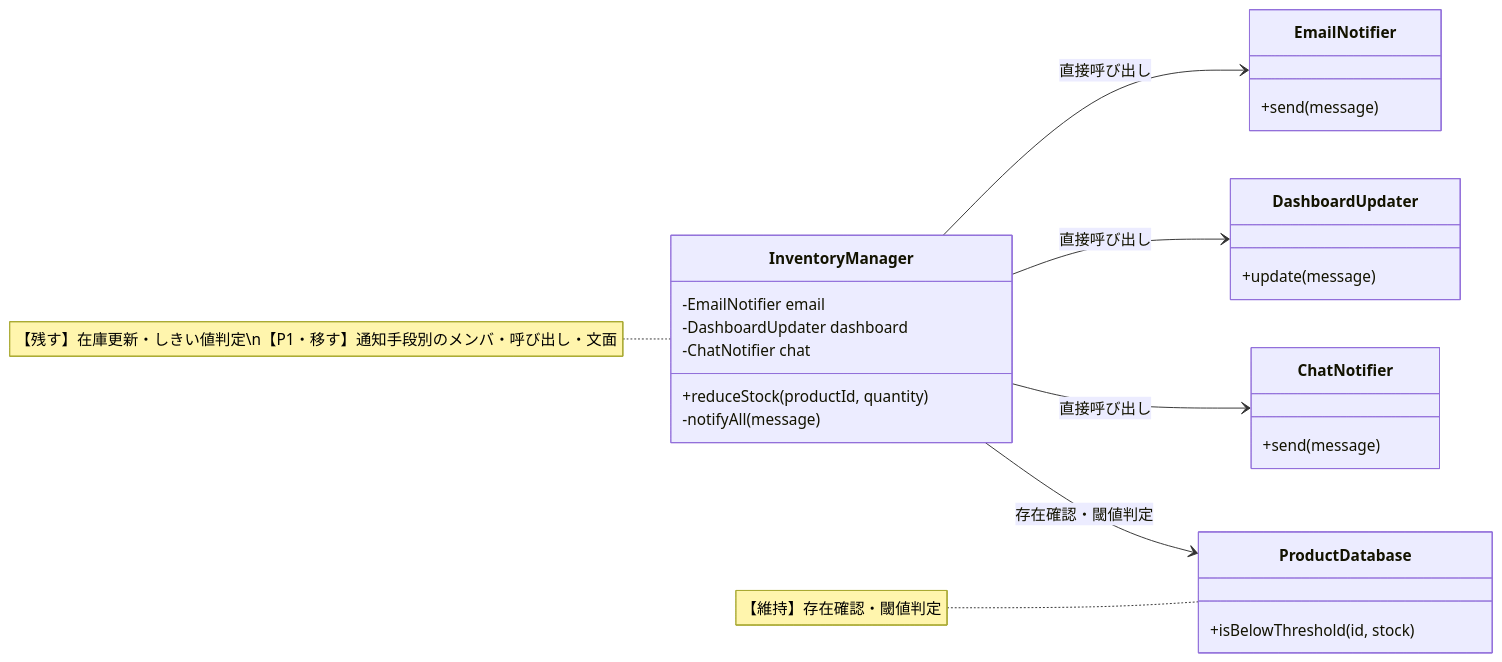
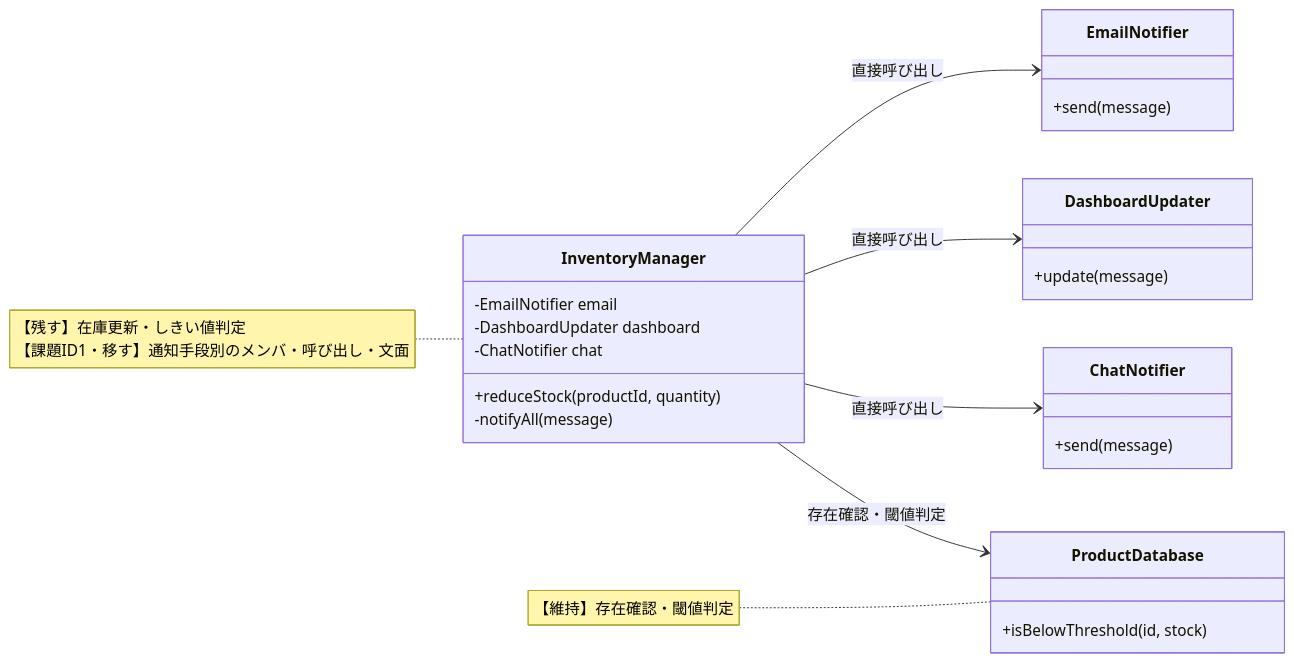
Before and after one commit to kumachan1101-pixel/DesignPattern: the eighth of 14 diagrams in kindle/design-patterns/output/chapter07.md, drawn with Mermaid. The commit also changed other lines of this file and 43 other files, not shown here.

````diff
--- a/kindle/design-patterns/output/chapter07.md
+++ b/kindle/design-patterns/output/chapter07.md
@@ -1063,25 +1105,25 @@
 ```mermaid
 classDiagram
     direction LR
     class InventoryManager {
         -EmailNotifier email
         -DashboardUpdater dashboard
         -ChatNotifier chat
         +reduceStock(productId, quantity)
         -notifyAll(message)
     }
     class EmailNotifier { +send(message) }
     class DashboardUpdater { +update(message) }
     class ChatNotifier { +send(message) }
     class ProductDatabase { +isBelowThreshold(id, stock) }
     InventoryManager --> EmailNotifier : 直接呼び出し
     InventoryManager --> DashboardUpdater : 直接呼び出し
     InventoryManager --> ChatNotifier : 直接呼び出し
     InventoryManager --> ProductDatabase : 存在確認・閾値判定
 
-    note for InventoryManager "【残す】在庫更新・しきい値判定\n【P1・移す】通知手段別のメンバ・呼び出し・文面"
+    note for InventoryManager "【残す】在庫更新・しきい値判定<br/>【課題ID1・移す】通知手段別のメンバ・呼び出し・文面"
     note for ProductDatabase "【維持】存在確認・閾値判定"
 
     classDef focus fill:#FFF2CC,stroke:#D6B656,stroke-width:2px,color:#222222
     cssClass "InventoryManager" focus
 ```
````
